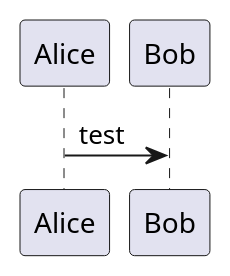
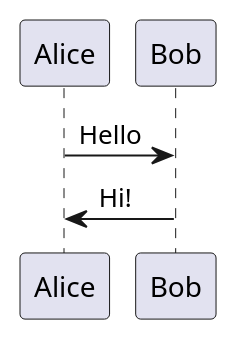
Before and after one commit to VSGagarski/markdown-test: the diagram in README.md, drawn with PlantUML. The commit also changed other lines of this file and 1 other file, not shown here.

````diff
--- a/README.md
+++ b/README.md
@@ -3,5 +6,8 @@
 ```plantuml
-@startuml
-Alice -> Bob: test
-@enduml 
+@startuml firstDiagram
+
+Alice -> Bob: Hello
+Bob -> Alice: Hi!
+		
+@enduml
 ```
````
